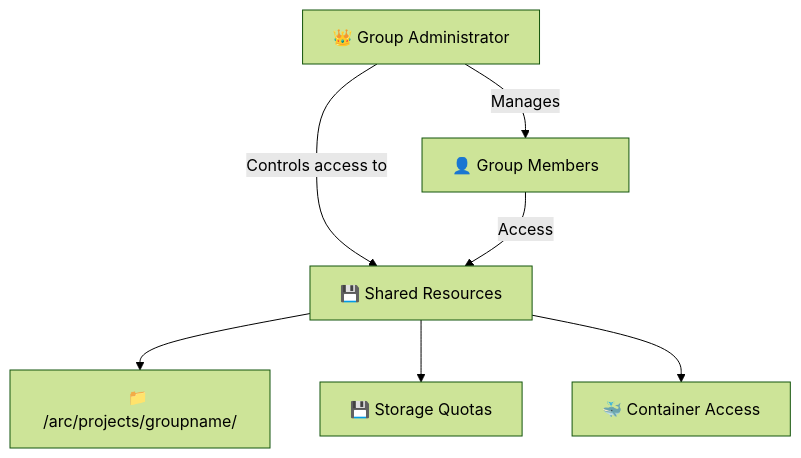
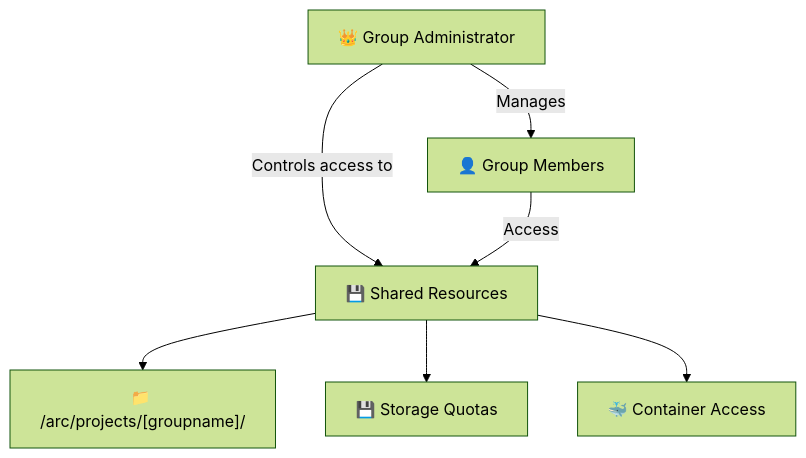
The diagram in docs/platform/accounts.md (opencadc/canfar), drawn with Mermaid (forest theme) before and after one commit. The commit also changed other lines of this file and 11 other files, not shown here.

````diff
--- a/docs/platform/accounts.md
+++ b/docs/platform/accounts.md
@@ -31,14 +31,14 @@
 ```mermaid
 graph TD
     Admin["👑 Group Administrator"]
     Members["👤 Group Members"]
     Resources["💾 Shared Resources"]
     
     Admin --> |"Manages"| Members
     Admin --> |"Controls access to"| Resources
     Members --> |"Access"| Resources
     
-    Resources --> Projects["📁 /arc/projects/groupname/"]
+    Resources --> Projects["📁 /arc/projects/[groupname]/"]
     Resources --> Storage["💾 Storage Quotas"]
     Resources --> Containers["🐳 Container Access"]
 ```
````
